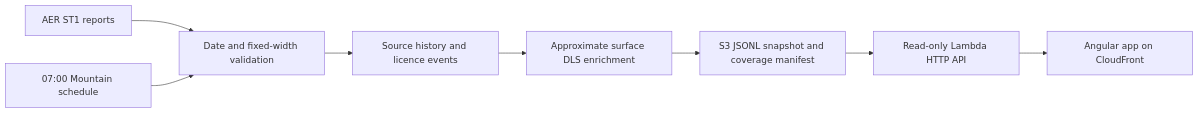
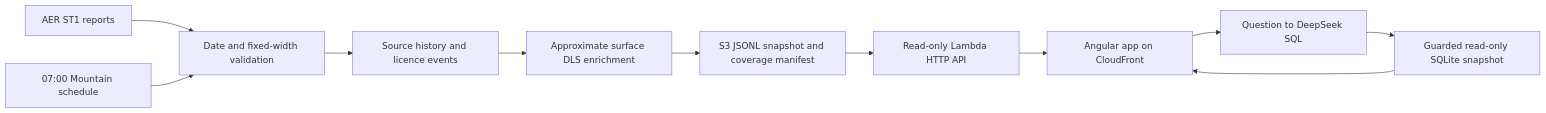
One commit to Null-Phnix/wellspring changed the diagram in README.md. Above: the diagram before and after it, drawn with Mermaid. The commit also changed other lines of this file and 5 other files, not shown here.

````diff
--- a/README.md
+++ b/README.md
@@ -51,10 +52,13 @@
 ```mermaid
 flowchart LR
   A[AER ST1 reports] --> B[Date and fixed-width validation]
   B --> C[Source history and licence events]
   C --> D[Approximate surface DLS enrichment]
   D --> E[S3 JSONL snapshot and coverage manifest]
   E --> F[Read-only Lambda HTTP API]
   F --> G[Angular app on CloudFront]
   H[07:00 Mountain schedule] --> B
+  G --> I[Question to DeepSeek SQL]
+  I --> J[Guarded read-only SQLite snapshot]
+  J --> G
 ```
````
